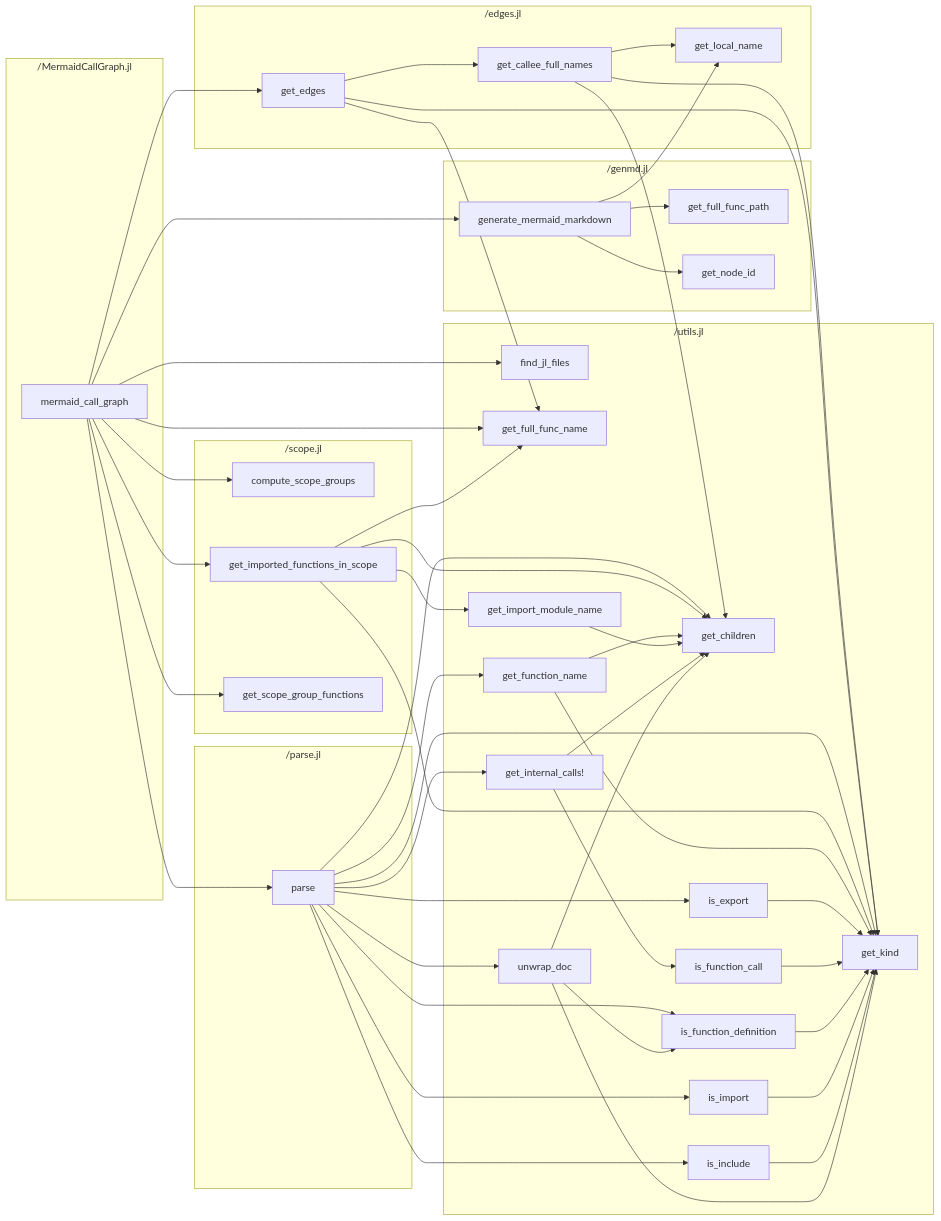
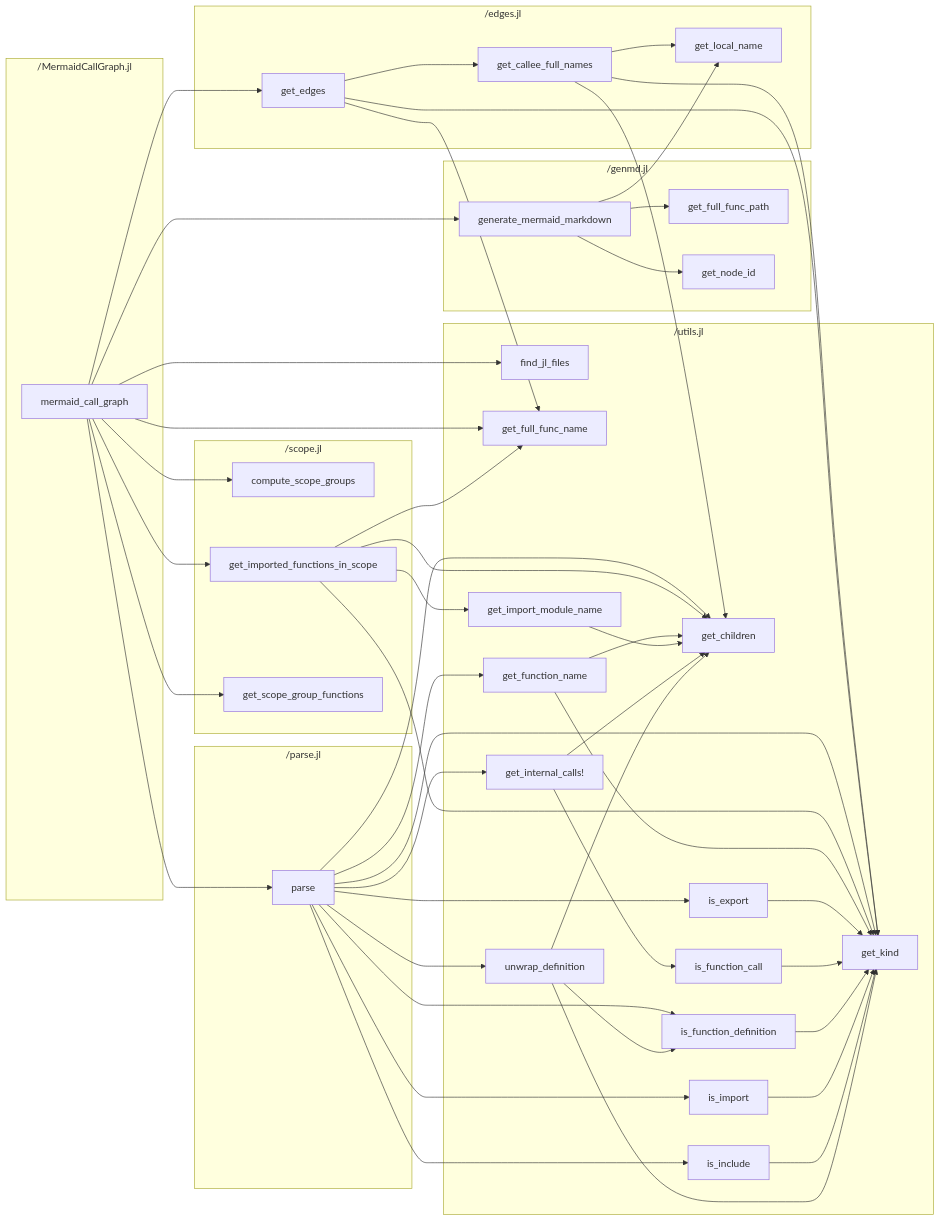
Before and after one commit to t-garin/MermaidCallGraph.jl: the diagram in test/expected_mermaid_call_graph.md, drawn with Mermaid. The commit also changed 2 other files, not shown here.

Commit message:
more general unwrap_definition

````diff
--- a/test/expected_mermaid_call_graph.md
+++ b/test/expected_mermaid_call_graph.md
@@ -1,82 +1,82 @@
 ```mermaid
 flowchart LR
     subgraph "/MermaidCallGraph.jl"
         _MermaidCallGraph_jl_mermaid_call_graph["mermaid_call_graph"]
     end
     subgraph "/edges.jl"
         _edges_jl_get_callee_full_names["get_callee_full_names"]
         _edges_jl_get_edges["get_edges"]
         _edges_jl_get_local_name["get_local_name"]
     end
     subgraph "/genmd.jl"
         _genmd_jl_generate_mermaid_markdown["generate_mermaid_markdown"]
         _genmd_jl_get_full_func_path["get_full_func_path"]
         _genmd_jl_get_node_id["get_node_id"]
     end
     subgraph "/parse.jl"
         _parse_jl_parse["parse"]
     end
     subgraph "/scope.jl"
         _scope_jl_compute_scope_groups["compute_scope_groups"]
         _scope_jl_get_imported_functions_in_scope["get_imported_functions_in_scope"]
         _scope_jl_get_scope_group_functions["get_scope_group_functions"]
     end
     subgraph "/utils.jl"
         _utils_jl_find_jl_files["find_jl_files"]
         _utils_jl_get_children["get_children"]
         _utils_jl_get_full_func_name["get_full_func_name"]
         _utils_jl_get_function_name["get_function_name"]
         _utils_jl_get_import_module_name["get_import_module_name"]
         _utils_jl_get_internal_calls_["get_internal_calls!"]
         _utils_jl_get_kind["get_kind"]
         _utils_jl_is_export["is_export"]
         _utils_jl_is_function_call["is_function_call"]
         _utils_jl_is_function_definition["is_function_definition"]
         _utils_jl_is_import["is_import"]
         _utils_jl_is_include["is_include"]
-        _utils_jl_unwrap_doc["unwrap_doc"]
+        _utils_jl_unwrap_definition["unwrap_definition"]
     end
     _MermaidCallGraph_jl_mermaid_call_graph --> _edges_jl_get_edges
     _MermaidCallGraph_jl_mermaid_call_graph --> _genmd_jl_generate_mermaid_markdown
     _MermaidCallGraph_jl_mermaid_call_graph --> _parse_jl_parse
     _MermaidCallGraph_jl_mermaid_call_graph --> _scope_jl_compute_scope_groups
     _MermaidCallGraph_jl_mermaid_call_graph --> _scope_jl_get_imported_functions_in_scope
     _MermaidCallGraph_jl_mermaid_call_graph --> _scope_jl_get_scope_group_functions
     _MermaidCallGraph_jl_mermaid_call_graph --> _utils_jl_find_jl_files
     _MermaidCallGraph_jl_mermaid_call_graph --> _utils_jl_get_full_func_name
     _edges_jl_get_callee_full_names --> _edges_jl_get_local_name
     _edges_jl_get_callee_full_names --> _utils_jl_get_children
     _edges_jl_get_callee_full_names --> _utils_jl_get_kind
     _edges_jl_get_edges --> _edges_jl_get_callee_full_names
     _edges_jl_get_edges --> _utils_jl_get_full_func_name
     _edges_jl_get_edges --> _utils_jl_get_kind
     _genmd_jl_generate_mermaid_markdown --> _edges_jl_get_local_name
     _genmd_jl_generate_mermaid_markdown --> _genmd_jl_get_full_func_path
     _genmd_jl_generate_mermaid_markdown --> _genmd_jl_get_node_id
     _parse_jl_parse --> _utils_jl_get_children
     _parse_jl_parse --> _utils_jl_get_function_name
     _parse_jl_parse --> _utils_jl_get_internal_calls_
     _parse_jl_parse --> _utils_jl_get_kind
     _parse_jl_parse --> _utils_jl_is_export
     _parse_jl_parse --> _utils_jl_is_function_definition
     _parse_jl_parse --> _utils_jl_is_import
     _parse_jl_parse --> _utils_jl_is_include
-    _parse_jl_parse --> _utils_jl_unwrap_doc
+    _parse_jl_parse --> _utils_jl_unwrap_definition
     _scope_jl_get_imported_functions_in_scope --> _utils_jl_get_children
     _scope_jl_get_imported_functions_in_scope --> _utils_jl_get_full_func_name
     _scope_jl_get_imported_functions_in_scope --> _utils_jl_get_import_module_name
     _scope_jl_get_imported_functions_in_scope --> _utils_jl_get_kind
     _utils_jl_get_function_name --> _utils_jl_get_children
     _utils_jl_get_function_name --> _utils_jl_get_kind
     _utils_jl_get_import_module_name --> _utils_jl_get_children
     _utils_jl_get_internal_calls_ --> _utils_jl_get_children
     _utils_jl_get_internal_calls_ --> _utils_jl_is_function_call
     _utils_jl_is_export --> _utils_jl_get_kind
     _utils_jl_is_function_call --> _utils_jl_get_kind
     _utils_jl_is_function_definition --> _utils_jl_get_kind
     _utils_jl_is_import --> _utils_jl_get_kind
     _utils_jl_is_include --> _utils_jl_get_kind
-    _utils_jl_unwrap_doc --> _utils_jl_get_children
-    _utils_jl_unwrap_doc --> _utils_jl_get_kind
-    _utils_jl_unwrap_doc --> _utils_jl_is_function_definition
+    _utils_jl_unwrap_definition --> _utils_jl_get_children
+    _utils_jl_unwrap_definition --> _utils_jl_get_kind
+    _utils_jl_unwrap_definition --> _utils_jl_is_function_definition
 ```
````
